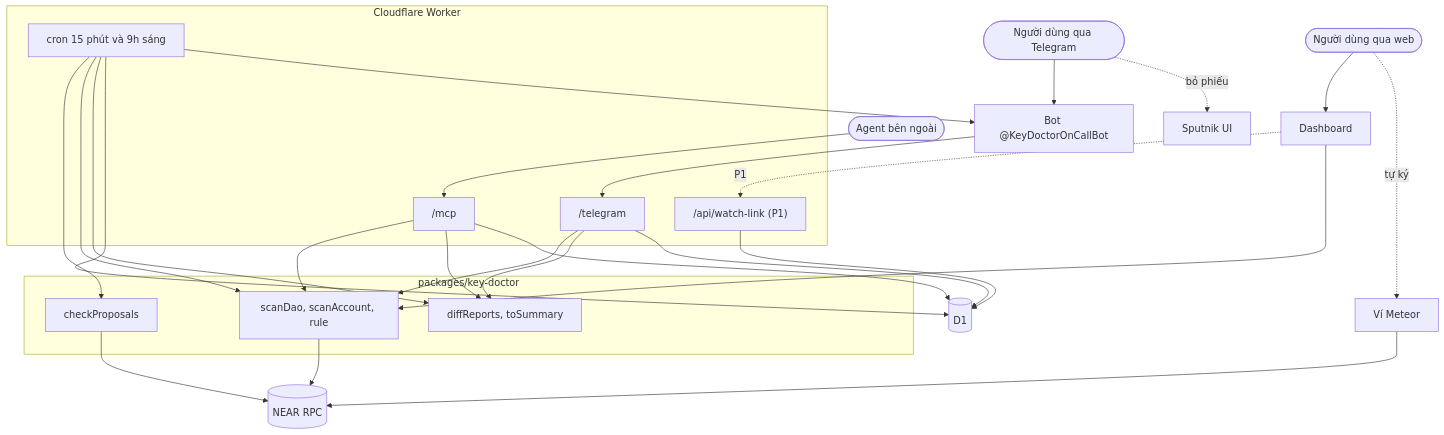
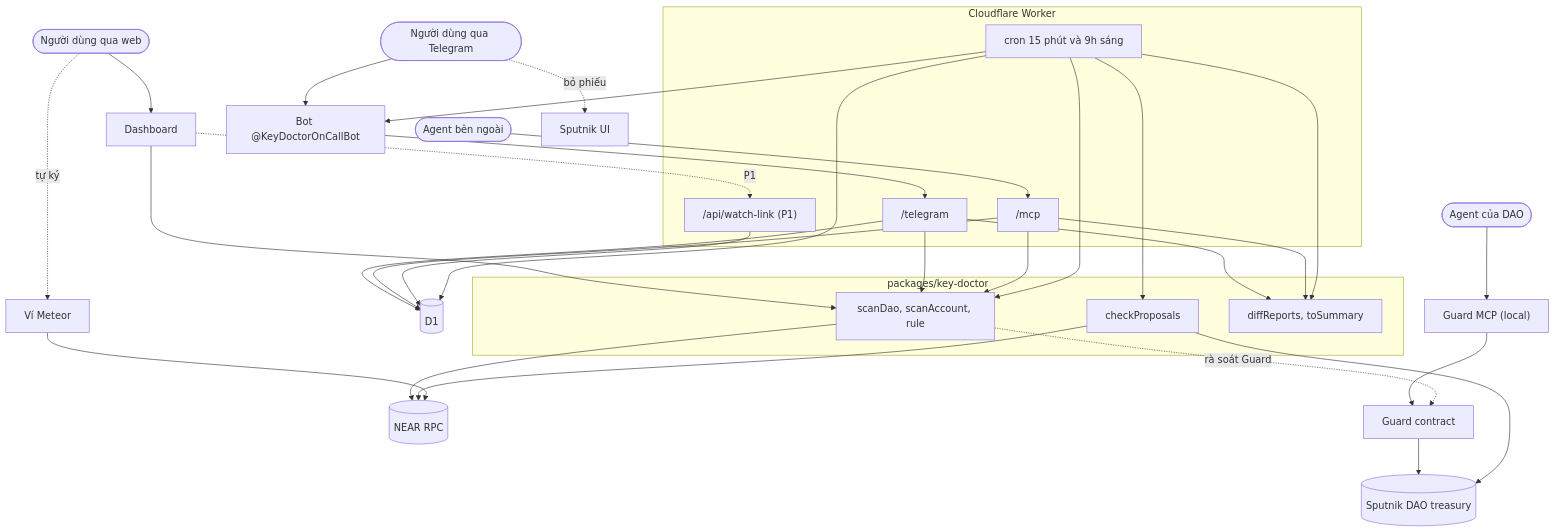
The first of 16 diagrams in docs/usecase.md (BLV-Labs/keydoctor), drawn with Mermaid before and after one commit. The commit also changed other lines of this file and 1 other file, not shown here.

Commit message:
Compelele agent guard idea.

````diff
--- a/docs/usecase.md
+++ b/docs/usecase.md
@@ -34,47 +39,55 @@
 ```mermaid
 flowchart TB
   U1([Người dùng qua Telegram])
   U2([Người dùng qua web])
   EA([Agent bên ngoài])
 
   BOT[Bot @KeyDoctorOnCallBot]
   subgraph W[Cloudflare Worker]
     TG["/telegram"]
     MCP["/mcp"]
     API["/api/watch-link (P1)"]
     CRON["cron 15 phút và 9h sáng"]
   end
   D1[(D1)]
 
   subgraph L[packages/key-doctor]
     KD["scanDao, scanAccount, rule"]
     CP["checkProposals"]
     DF["diffReports, toSummary"]
   end
 
   DASH[Dashboard]
   RPC[(NEAR RPC)]
   MET[Ví Meteor]
   SP[Sputnik UI]
 
   U1 --> BOT --> TG
   EA --> MCP
   U2 --> DASH --> KD
   DASH -.P1.-> API
   TG --> KD
   TG --> DF
   MCP --> KD
   MCP --> DF
   CRON --> CP
   CRON --> KD
   CRON --> DF
   TG --> D1
   MCP --> D1
   API --> D1
   CRON --> D1
   CRON --> BOT
   KD --> RPC
   CP --> RPC
   U2 -.tự ký.-> MET --> RPC
   U1 -.bỏ phiếu.-> SP
+
+  AGT([Agent của DAO])
+  GMCP["Guard MCP (local)"]
+  GUARD["Guard contract"]
+  DAO[(Sputnik DAO treasury)]
+  AGT --> GMCP --> GUARD --> DAO
+  CP --> DAO
+  KD -.rà soát Guard.-> GUARD
 ```
````
